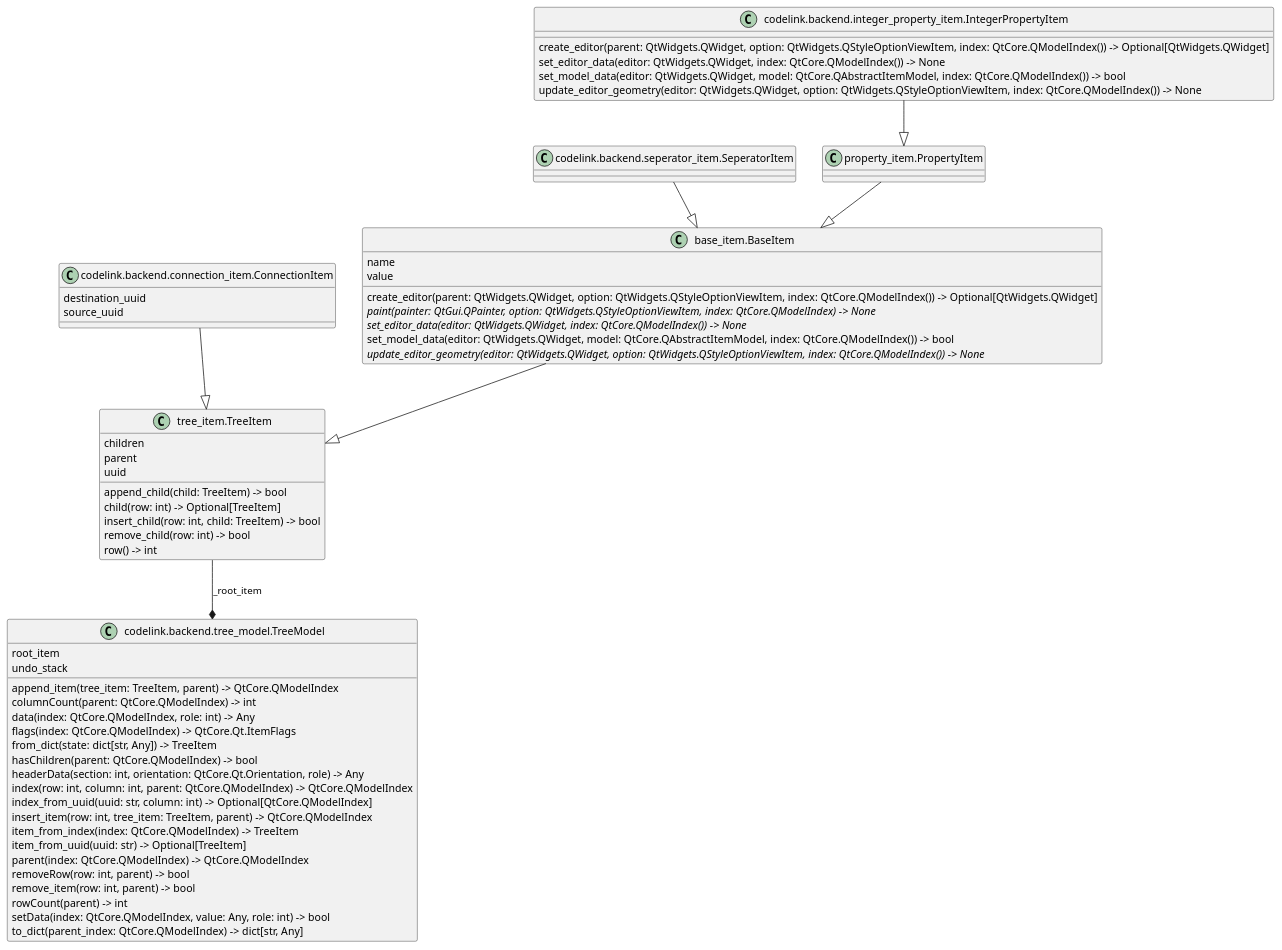
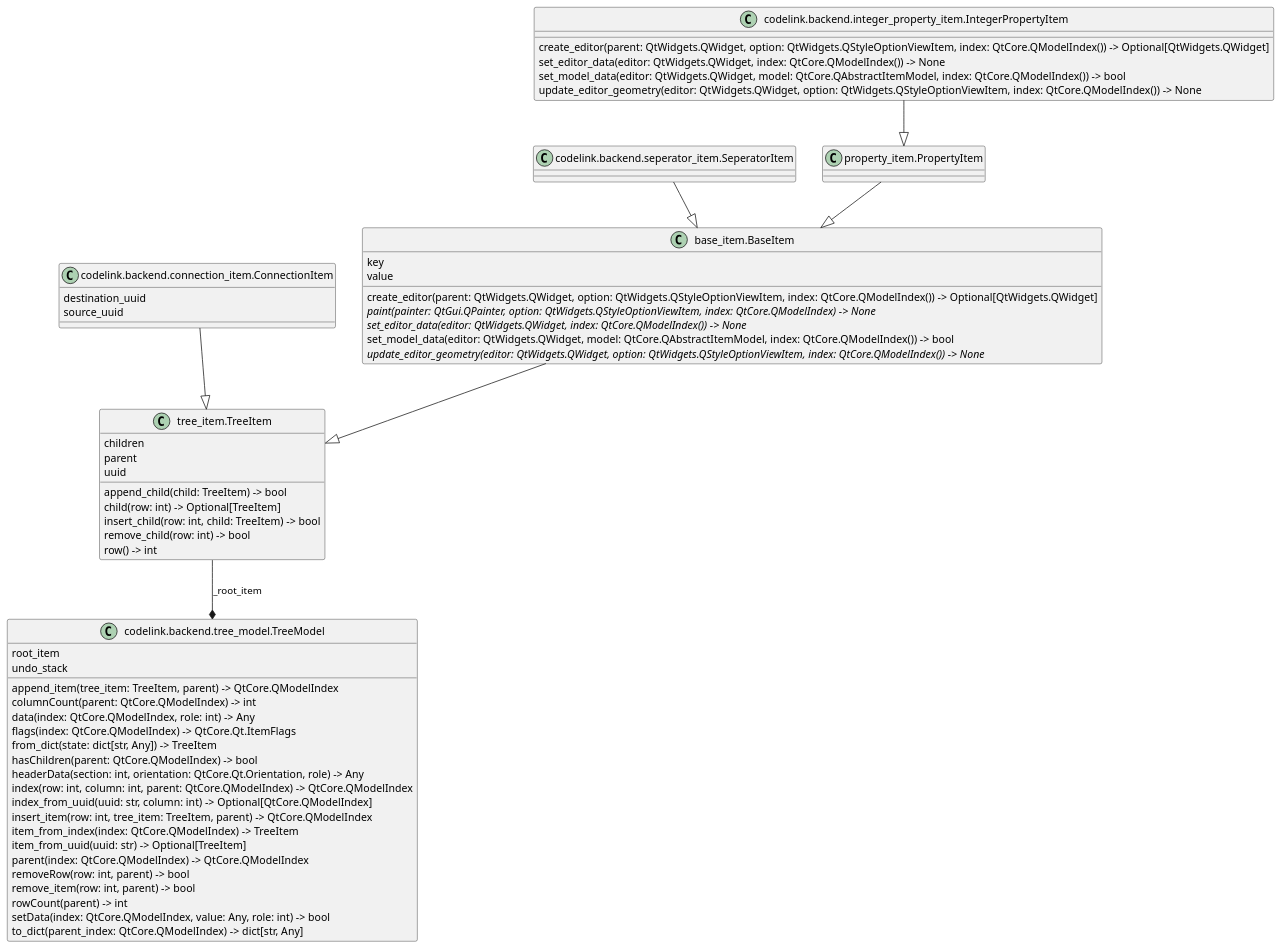
One commit to j8sr0230/codelink changed the diagram in src/codelink/backend/classes.puml. Above: the diagram before and after it, drawn with PlantUML. The commit also changed 6 other files, not shown here.

```diff
--- a/src/codelink/backend/classes.puml
+++ b/src/codelink/backend/classes.puml
@@ -1,64 +1,64 @@
 @startuml classes
 set namespaceSeparator none
 class "base_item.BaseItem" as base_item.BaseItem {
-  name
+  key
   value
   create_editor(parent: QtWidgets.QWidget, option: QtWidgets.QStyleOptionViewItem, index: QtCore.QModelIndex()) -> Optional[QtWidgets.QWidget]
   {abstract}paint(painter: QtGui.QPainter, option: QtWidgets.QStyleOptionViewItem, index: QtCore.QModelIndex) -> None
   {abstract}set_editor_data(editor: QtWidgets.QWidget, index: QtCore.QModelIndex()) -> None
   set_model_data(editor: QtWidgets.QWidget, model: QtCore.QAbstractItemModel, index: QtCore.QModelIndex()) -> bool
   {abstract}update_editor_geometry(editor: QtWidgets.QWidget, option: QtWidgets.QStyleOptionViewItem, index: QtCore.QModelIndex()) -> None
 }
 class "codelink.backend.connection_item.ConnectionItem" as codelink.backend.connection_item.ConnectionItem {
   destination_uuid
   source_uuid
 }
 class "codelink.backend.integer_property_item.IntegerPropertyItem" as codelink.backend.integer_property_item.IntegerPropertyItem {
   create_editor(parent: QtWidgets.QWidget, option: QtWidgets.QStyleOptionViewItem, index: QtCore.QModelIndex()) -> Optional[QtWidgets.QWidget]
   set_editor_data(editor: QtWidgets.QWidget, index: QtCore.QModelIndex()) -> None
   set_model_data(editor: QtWidgets.QWidget, model: QtCore.QAbstractItemModel, index: QtCore.QModelIndex()) -> bool
   update_editor_geometry(editor: QtWidgets.QWidget, option: QtWidgets.QStyleOptionViewItem, index: QtCore.QModelIndex()) -> None
 }
 class "codelink.backend.seperator_item.SeperatorItem" as codelink.backend.seperator_item.SeperatorItem {
 }
 class "codelink.backend.tree_model.TreeModel" as codelink.backend.tree_model.TreeModel {
   root_item
   undo_stack
   append_item(tree_item: TreeItem, parent) -> QtCore.QModelIndex
   columnCount(parent: QtCore.QModelIndex) -> int
   data(index: QtCore.QModelIndex, role: int) -> Any
   flags(index: QtCore.QModelIndex) -> QtCore.Qt.ItemFlags
   from_dict(state: dict[str, Any]) -> TreeItem
   hasChildren(parent: QtCore.QModelIndex) -> bool
   headerData(section: int, orientation: QtCore.Qt.Orientation, role) -> Any
   index(row: int, column: int, parent: QtCore.QModelIndex) -> QtCore.QModelIndex
   index_from_uuid(uuid: str, column: int) -> Optional[QtCore.QModelIndex]
   insert_item(row: int, tree_item: TreeItem, parent) -> QtCore.QModelIndex
   item_from_index(index: QtCore.QModelIndex) -> TreeItem
   item_from_uuid(uuid: str) -> Optional[TreeItem]
   parent(index: QtCore.QModelIndex) -> QtCore.QModelIndex
   removeRow(row: int, parent) -> bool
   remove_item(row: int, parent) -> bool
   rowCount(parent) -> int
   setData(index: QtCore.QModelIndex, value: Any, role: int) -> bool
   to_dict(parent_index: QtCore.QModelIndex) -> dict[str, Any]
 }
 class "property_item.PropertyItem" as property_item.PropertyItem {
 }
 class "tree_item.TreeItem" as tree_item.TreeItem {
   children
   parent
   uuid
   append_child(child: TreeItem) -> bool
   child(row: int) -> Optional[TreeItem]
   insert_child(row: int, child: TreeItem) -> bool
   remove_child(row: int) -> bool
   row() -> int
 }
 base_item.BaseItem --|> tree_item.TreeItem
 codelink.backend.connection_item.ConnectionItem --|> tree_item.TreeItem
 codelink.backend.integer_property_item.IntegerPropertyItem --|> property_item.PropertyItem
 codelink.backend.seperator_item.SeperatorItem --|> base_item.BaseItem
 property_item.PropertyItem --|> base_item.BaseItem
 tree_item.TreeItem --* codelink.backend.tree_model.TreeModel : _root_item
 @enduml
```
